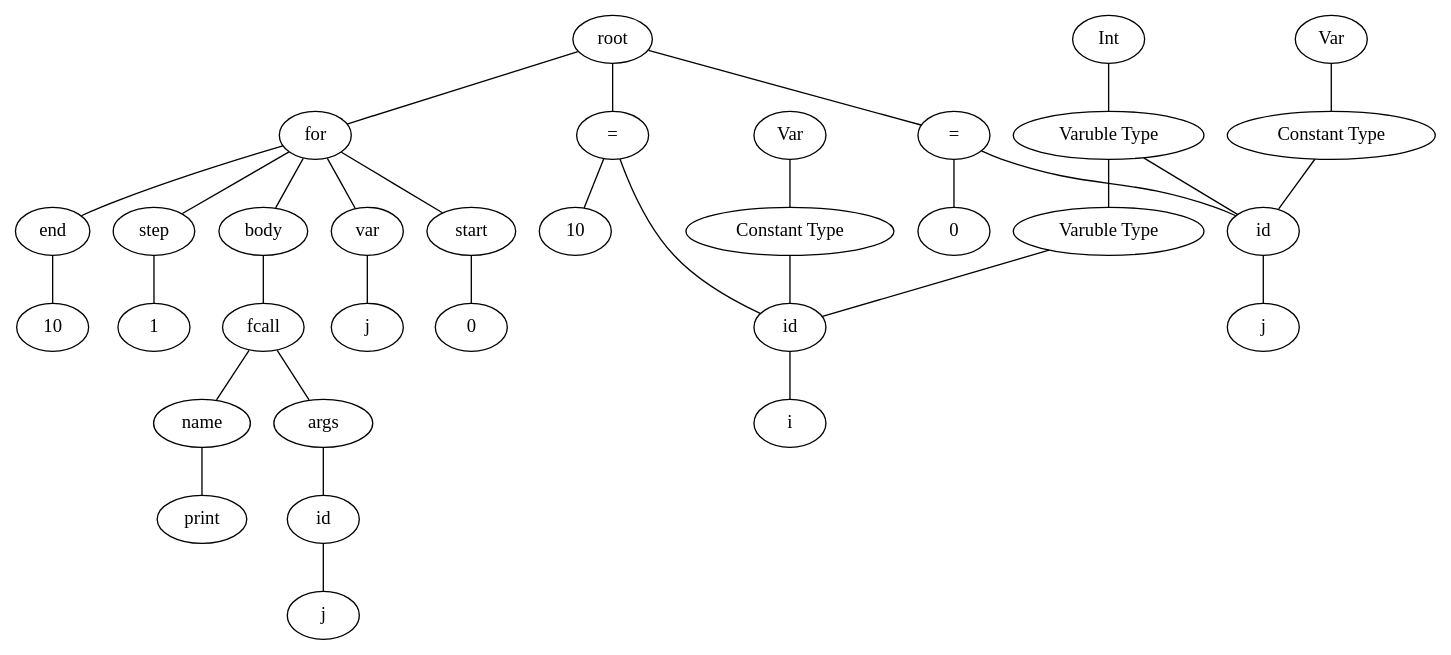
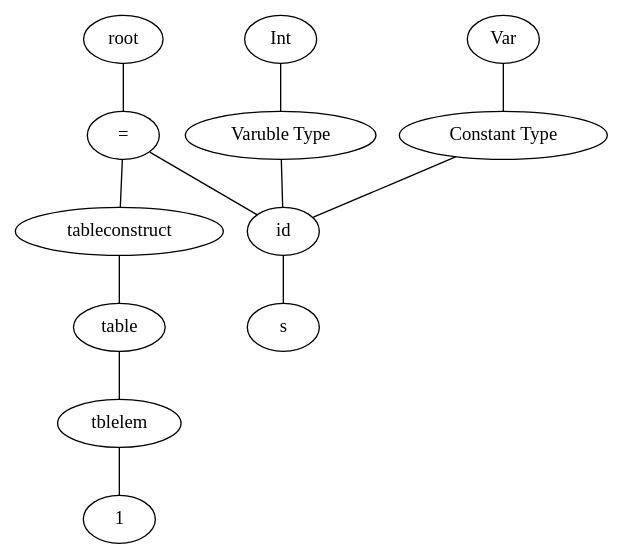
The diagram in build/file.dot (TAIIOK/SwiftCompilerToJavaByteCode), drawn with Graphviz before and after one commit. The commit also changed 14 other files, not shown here.

```diff
--- a/build/file.dot
+++ b/build/file.dot
@@ -1,62 +1,25 @@
 graph graphname {
 root;
 assign0[label = "="];
 root--assign0;
 expr0[label = "id"];
 assign0--expr0;
 type0[label = "Varuble Type"];
 type0--expr0;
 type1[label = "Int"];
 type1--type0;
 consttype0[label = "Constant Type"];
 consttype0--expr0;
 consttype1[label = "Var"];
 consttype1--consttype0;
-expr1[label = "i"];
+expr1[label = "s"];
 expr0--expr1;
-expr2[label = "10"];
+expr2[label = "tableconstruct"];
 assign0--expr2;
-assign1[label = "="];
-root--assign1;
-expr3[label = "id"];
-assign1--expr3;
-type1[label = "Varuble Type"];
-type1--expr3;
-type2[label = "Int"];
-type2--type1;
-consttype2[label = "Constant Type"];
-consttype2--expr3;
-consttype3[label = "Var"];
-consttype3--consttype2;
-expr4[label = "j"];
-expr3--expr4;
-expr5[label = "0"];
-assign1--expr5;
-for0[label = "for"];
-root--for0;
-for0body[label = "body"];
-for0--for0body;expr6[label = "fcall"];
-for0body--expr6;
-expr6name[label = "name"];
-expr7[label = "print"];
-expr6name--expr7;
-expr6--expr6name;
-expr6args[label = " args "];
-expr6 -- expr6args;
-expr8[label = "id"];
-expr6args--expr8;
-expr9[label = "j"];
-expr8--expr9;
-for0varname[label = "var"];
-for0--for0varname;expr10[label = "j"];
-for0varname--expr10;
-for0start[label = "start"];
-for0--for0start;expr11[label = "0"];
-for0start--expr11;
-for0end[label = "end"];
-for0--for0end;expr12[label = "10"];
-for0end--expr12;
-for0step[label = "step"];
-for0--for0step;expr13[label = "1"];
-for0step--expr13;
+table0[label = "table"];
+expr2--table0;
+table00[label = "tblelem"];
+table0--table00;
+expr3[label = "1"];
+table00--expr3;
 }
```
